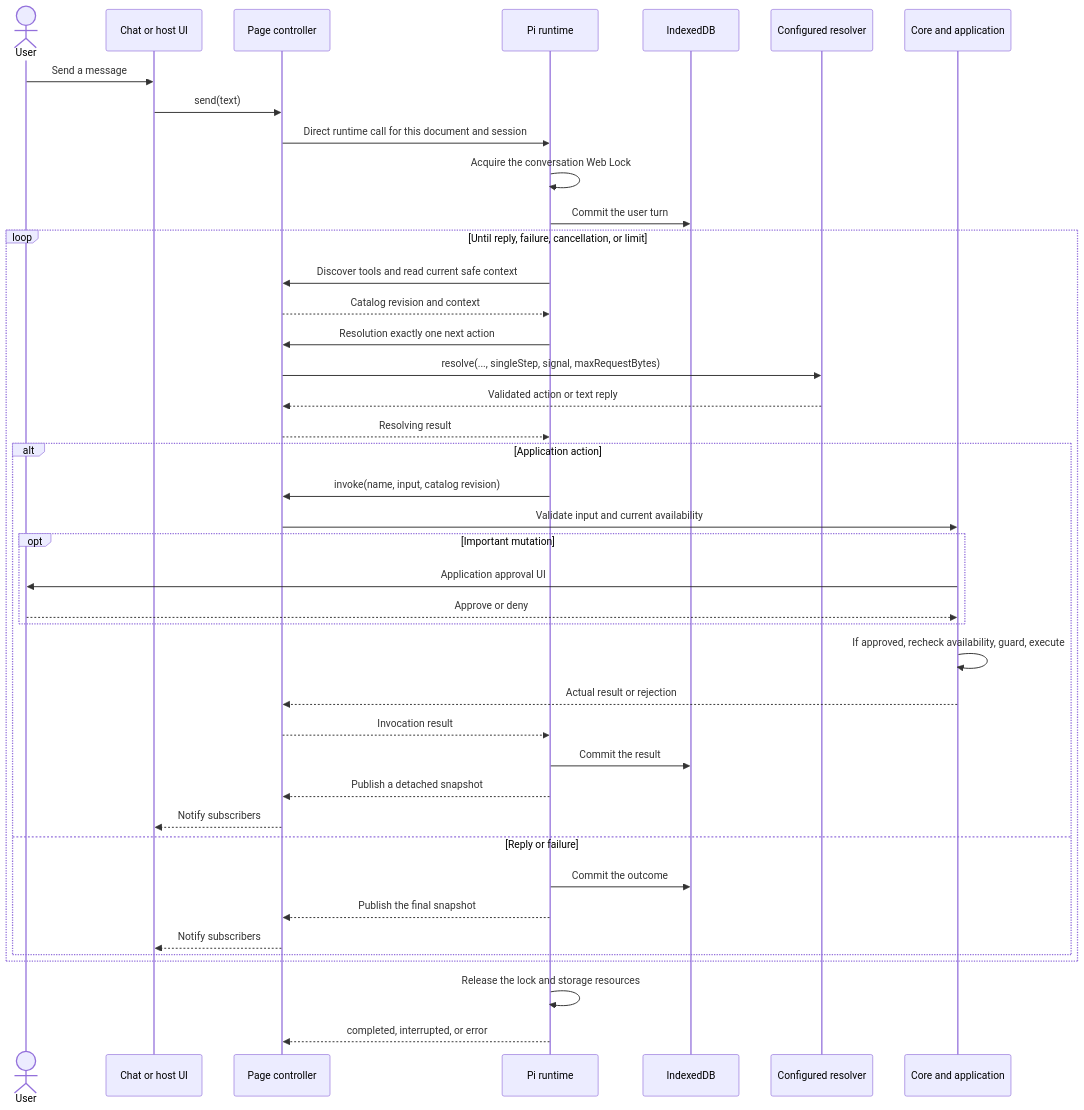
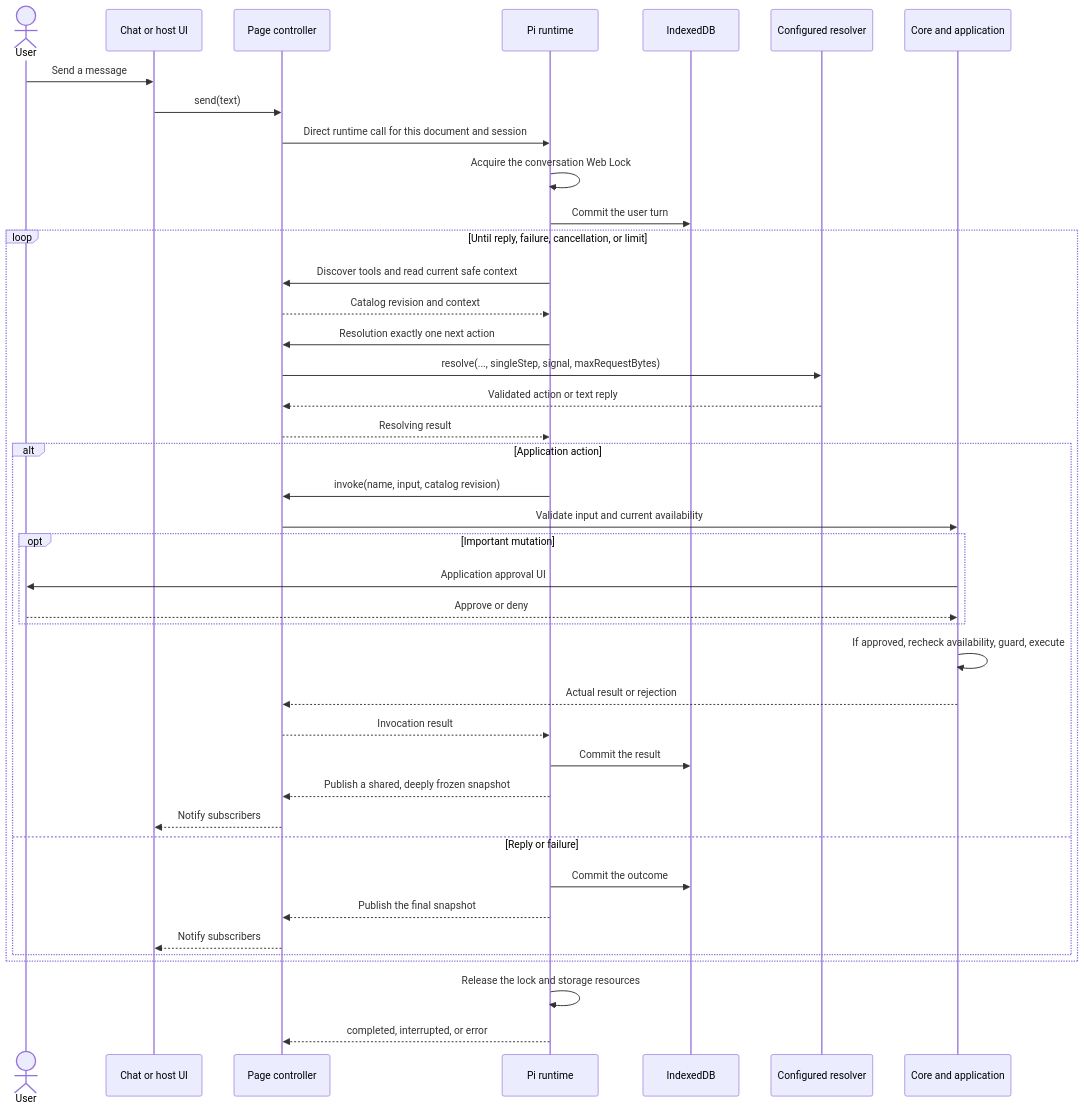
Before and after one commit to vampaz/web-mcp: the second of 3 diagrams in docs/architecture.md, drawn with Mermaid. The commit also changed 12 other files, not shown here.

````diff
--- a/docs/architecture.md
+++ b/docs/architecture.md
@@ -47,43 +47,43 @@
 ```mermaid
 sequenceDiagram
   actor User
   participant UI as Chat or host UI
   participant Page as Page controller
   participant Pi as Pi runtime
   participant DB as IndexedDB
   participant Resolver as Configured resolver
   participant Tools as Core and application
   User->>UI: Send a message
   UI->>Page: send(text)
   Page->>Pi: Direct runtime call for this document and session
   Pi->>Pi: Acquire the conversation Web Lock
   Pi->>DB: Commit the user turn
   loop Until reply, failure, cancellation, or limit
     Pi->>Page: Discover tools and read current safe context
     Page-->>Pi: Catalog revision and context
     Pi->>Page: Resolution exactly one next action
     Page->>Resolver: resolve(..., singleStep, signal, maxRequestBytes)
     Resolver-->>Page: Validated action or text reply
     Page-->>Pi: Resolving result
     alt Application action
       Pi->>Page: invoke(name, input, catalog revision)
       Page->>Tools: Validate input and current availability
       opt Important mutation
         Tools->>User: Application approval UI
         User-->>Tools: Approve or deny
       end
       Tools->>Tools: If approved, recheck availability, guard, execute
       Tools-->>Page: Actual result or rejection
       Page-->>Pi: Invocation result
       Pi->>DB: Commit the result
-      Pi-->>Page: Publish a detached snapshot
+      Pi-->>Page: Publish a shared, deeply frozen snapshot
       Page-->>UI: Notify subscribers
     else Reply or failure
       Pi->>DB: Commit the outcome
       Pi-->>Page: Publish the final snapshot
       Page-->>UI: Notify subscribers
     end
   end
   Pi->>Pi: Release the lock and storage resources
   Pi-->>Page: completed, interrupted, or error
 ```
````
